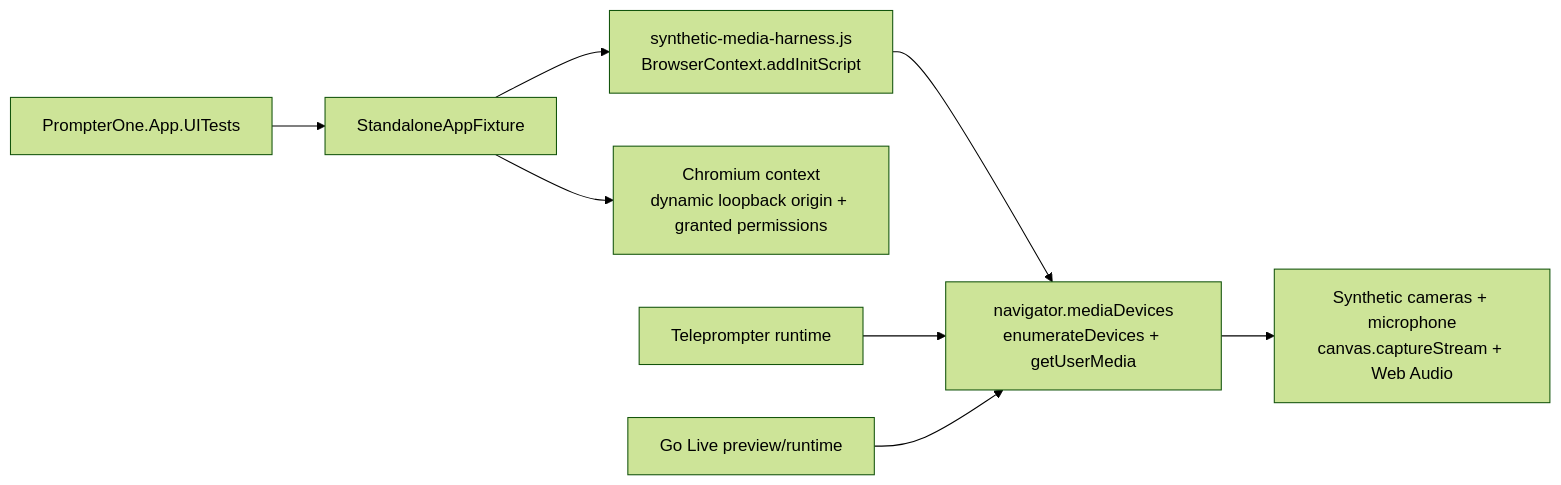
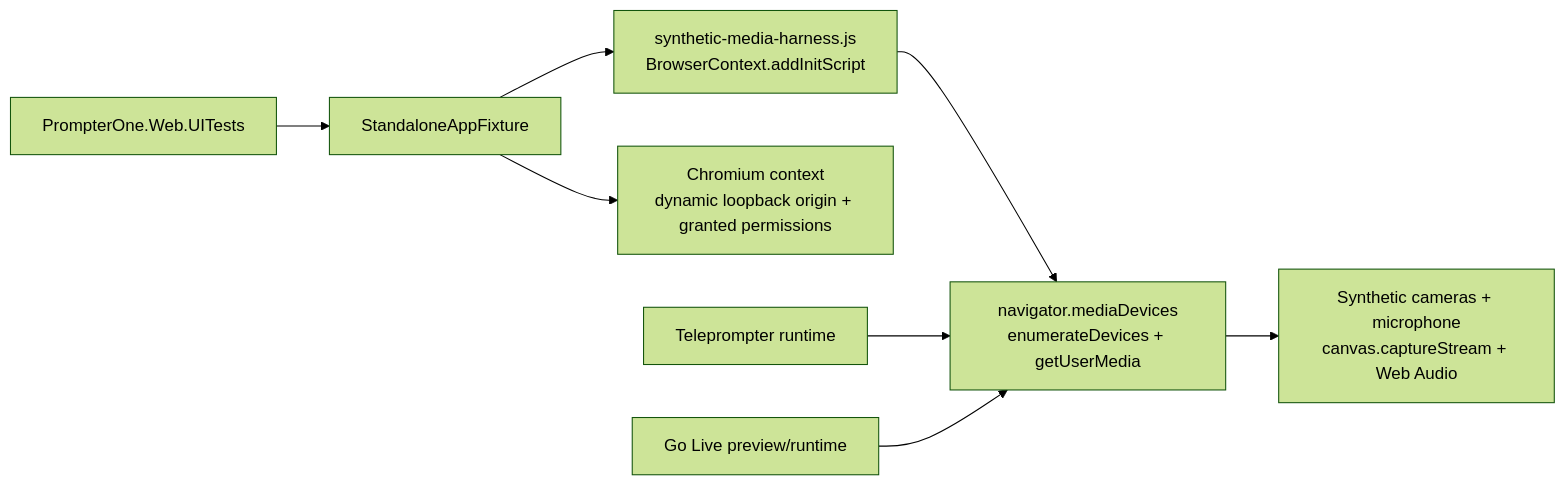
One commit to managedcode/PrompterOne changed the tenth of 14 diagrams in docs/Architecture.md. Above: the diagram before and after it, drawn with Mermaid (forest theme). The commit also changed other lines of this file and 20 other files, not shown here.

````diff
--- a/docs/Architecture.md
+++ b/docs/Architecture.md
@@ -364,19 +366,19 @@
 ```mermaid
 flowchart LR
-    UITests["PrompterOne.App.UITests"]
+    UITests["PrompterOne.Web.UITests"]
     Fixture["StandaloneAppFixture"]
     InitScript["synthetic-media-harness.js<br/>BrowserContext.addInitScript"]
     Browser["Chromium context<br/>dynamic loopback origin + granted permissions"]
     MediaApis["navigator.mediaDevices<br/>enumerateDevices + getUserMedia"]
     Synthetic["Synthetic cameras + microphone<br/>canvas.captureStream + Web Audio"]
     Reader["Teleprompter runtime"]
     GoLive["Go Live preview/runtime"]
 
     UITests --> Fixture
     Fixture --> InitScript
     Fixture --> Browser
     InitScript --> MediaApis
     MediaApis --> Synthetic
     Reader --> MediaApis
     GoLive --> MediaApis
 ```
````
